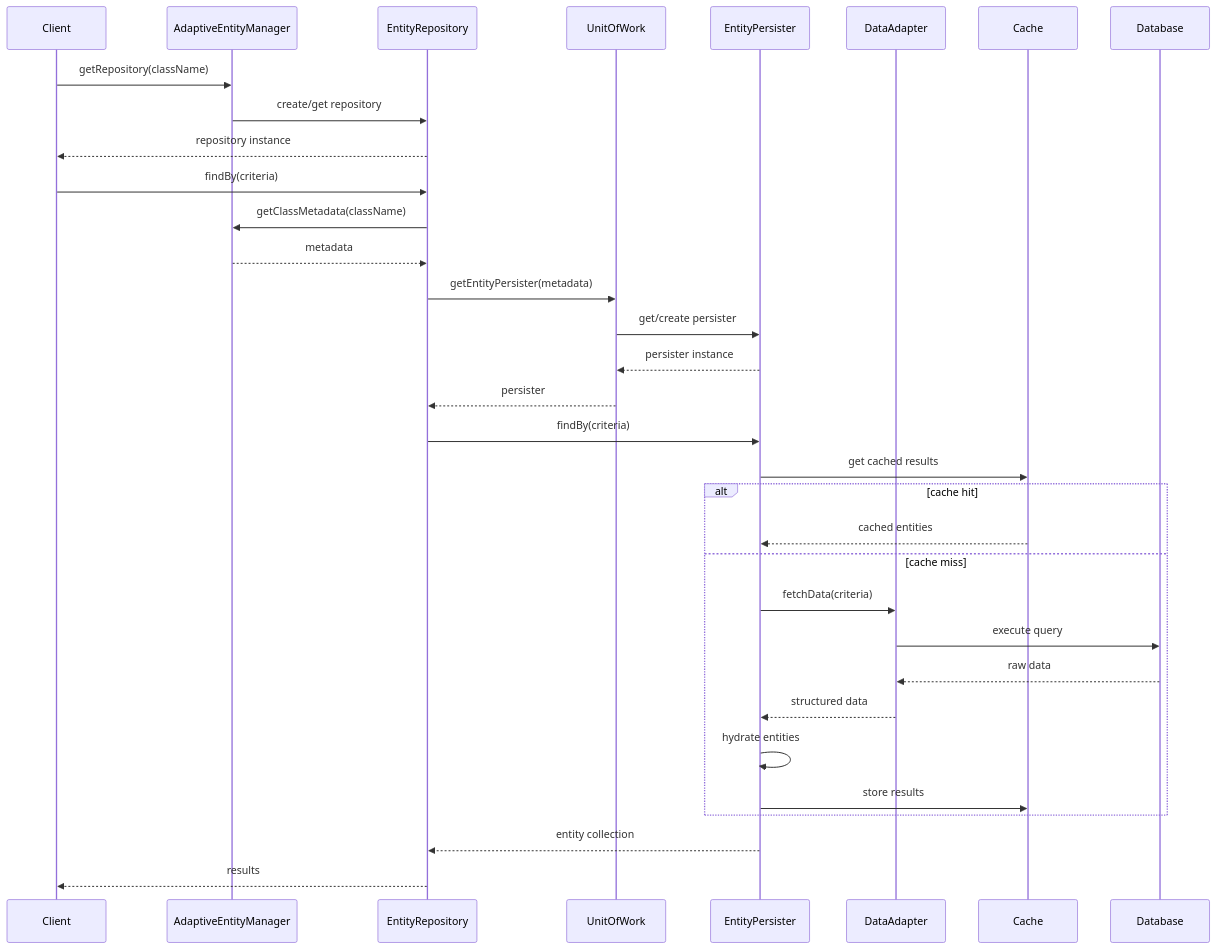
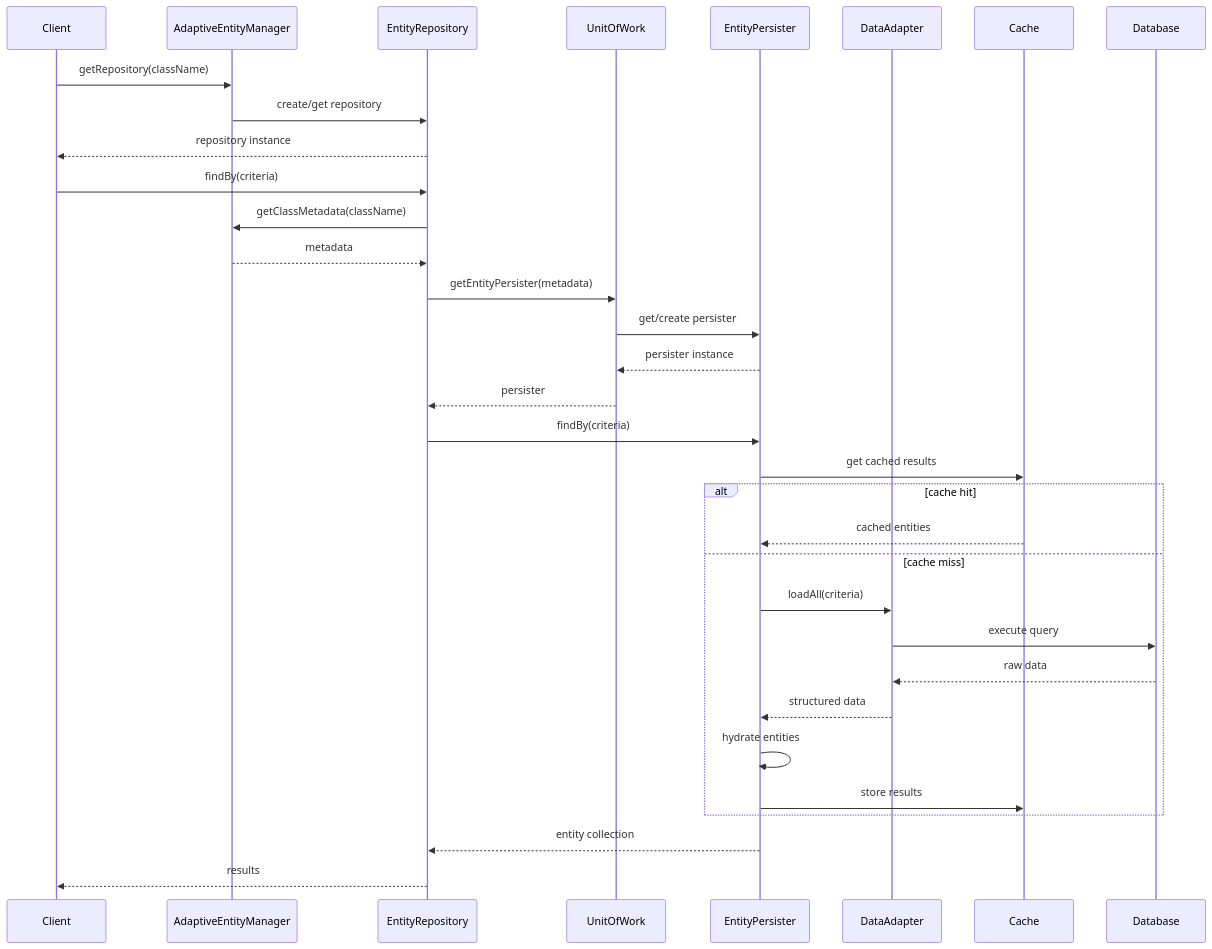
Before and after one commit to kabiroman/adaptive-entity-manager: the third of 7 diagrams in docs/INTERACTION_DIAGRAMS.md, drawn with Mermaid. The commit also changed 6 other files, not shown here.

Commit message:
docs: align diagrams and links with codebase

````diff
--- a/docs/INTERACTION_DIAGRAMS.md
+++ b/docs/INTERACTION_DIAGRAMS.md
@@ -91,41 +91,41 @@
 ```mermaid
 sequenceDiagram
     participant Client
     participant AEM as AdaptiveEntityManager
     participant Repo as EntityRepository
     participant UOW as UnitOfWork
     participant EP as EntityPersister
     participant DA as DataAdapter
     participant Cache
     participant DB as Database
 
     Client->>AEM: getRepository(className)
     AEM->>Repo: create/get repository
     Repo-->>Client: repository instance
 
     Client->>Repo: findBy(criteria)
     Repo->>AEM: getClassMetadata(className)
     AEM-->>Repo: metadata
 
     Repo->>UOW: getEntityPersister(metadata)
     UOW->>EP: get/create persister
     EP-->>UOW: persister instance
     UOW-->>Repo: persister
 
     Repo->>EP: findBy(criteria)
 
     EP->>Cache: get cached results
     alt cache hit
         Cache-->>EP: cached entities
     else cache miss
-        EP->>DA: fetchData(criteria)
+        EP->>DA: loadAll(criteria)
         DA->>DB: execute query
         DB-->>DA: raw data
         DA-->>EP: structured data
         EP->>EP: hydrate entities
         EP->>Cache: store results
     end
 
     EP-->>Repo: entity collection
     Repo-->>Client: results
 ```
````
